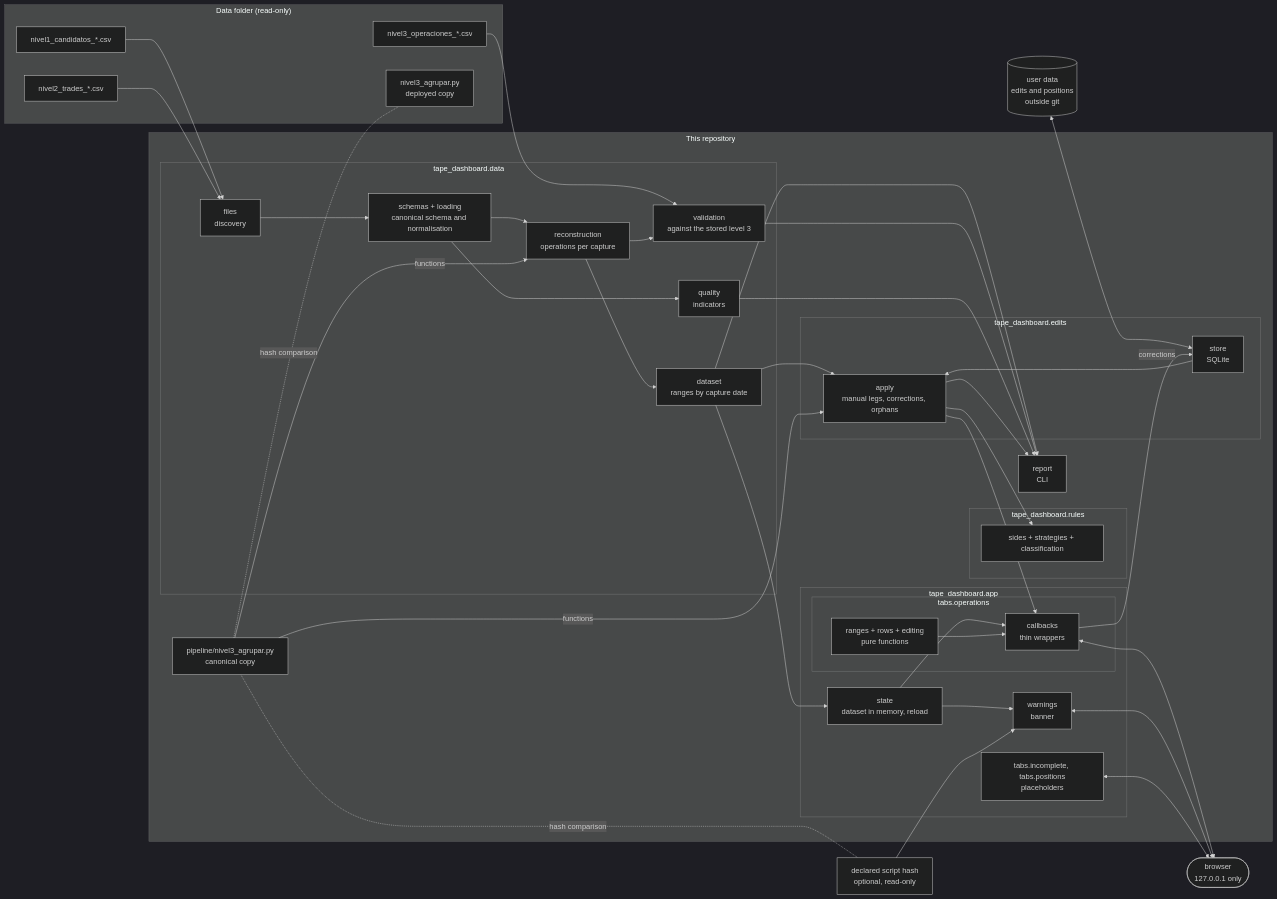
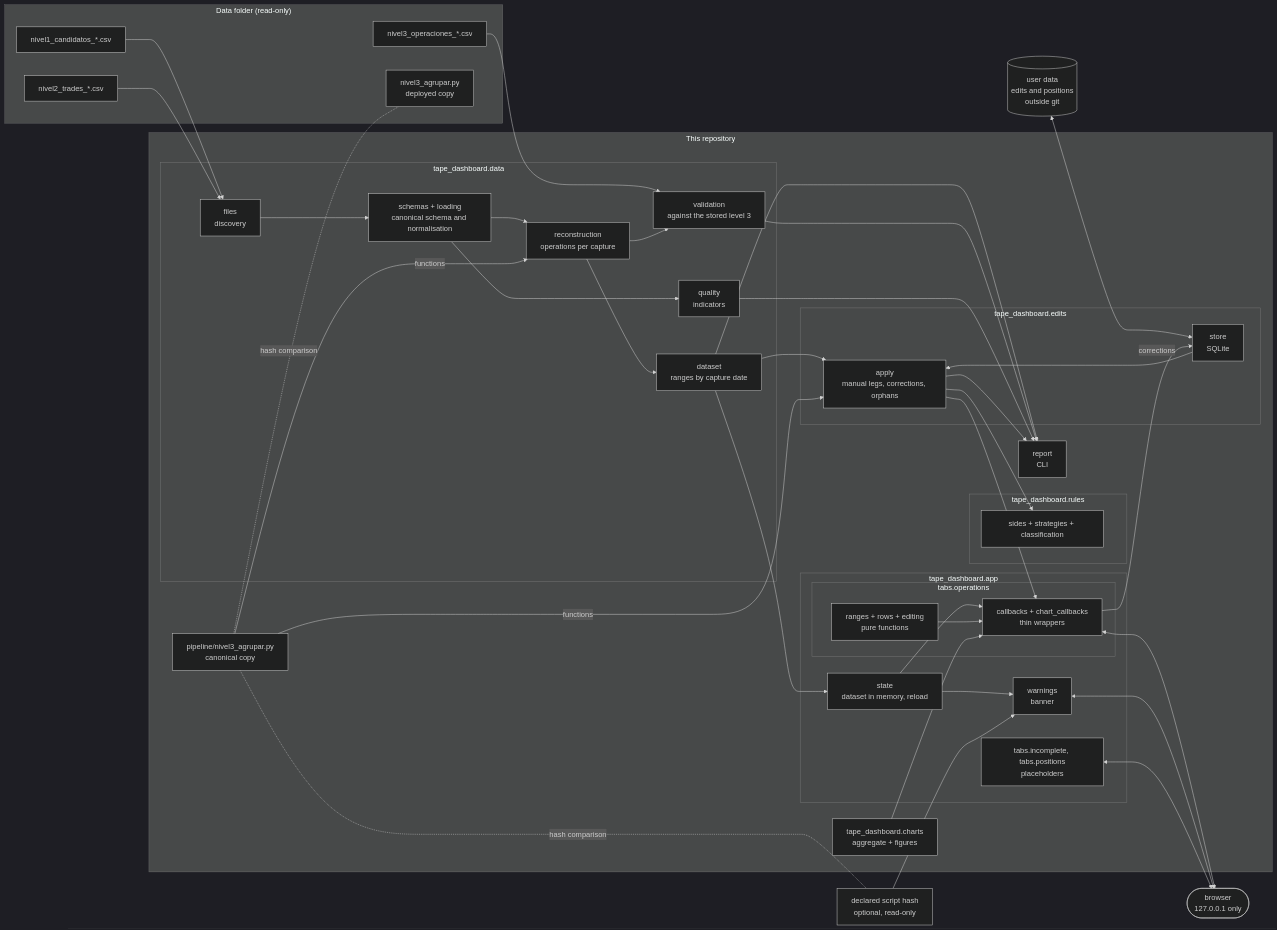
The diagram in docs/architecture.md (Promero20/options-tape-dashboard), drawn with Mermaid (dark theme) before and after one commit. The commit also changed other lines of this file and 6 other files, not shown here.

First line of the commit message:
Document the charts and mark phase 4 as done

````diff
--- a/docs/architecture.md
+++ b/docs/architecture.md
@@ -3,63 +3,65 @@
 ```mermaid
 flowchart LR
     subgraph datafolder["Data folder (read-only)"]
         N1[nivel1_candidatos_*.csv]
         N2[nivel2_trades_*.csv]
         N3[nivel3_operaciones_*.csv]
         S[nivel3_agrupar.py<br/>deployed copy]
     end
 
     H[declared script hash<br/>optional, read-only]
 
     subgraph repo["This repository"]
         P[pipeline/nivel3_agrupar.py<br/>canonical copy]
         subgraph data["tape_dashboard.data"]
             F[files<br/>discovery]
             L[schemas + loading<br/>canonical schema and normalisation]
             R[reconstruction<br/>operations per capture]
             D[dataset<br/>ranges by capture date]
             V[validation<br/>against the stored level 3]
             Q[quality<br/>indicators]
         end
         subgraph rules["tape_dashboard.rules"]
             RULES[sides + strategies + classification]
         end
         subgraph edits["tape_dashboard.edits"]
             ST[store<br/>SQLite]
             AP[apply<br/>manual legs, corrections, orphans]
         end
+        CH[tape_dashboard.charts<br/>aggregate + figures]
         subgraph app["tape_dashboard.app"]
             STATE[state<br/>dataset in memory, reload]
             W[warnings<br/>banner]
             subgraph tab1["tabs.operations"]
                 PURE[ranges + rows + editing<br/>pure functions]
-                CB[callbacks<br/>thin wrappers]
+                CB[callbacks + chart_callbacks<br/>thin wrappers]
             end
             TABS[tabs.incomplete, tabs.positions<br/>placeholders]
         end
         REP[report<br/>CLI]
     end
 
     B([browser<br/>127.0.0.1 only])
 
     U[(user data<br/>edits and positions<br/>outside git)]
 
     N1 & N2 --> F --> L --> R --> D
     N3 --> V
     P -- functions --> R
     P -. hash comparison .- S
     R --> V
     L --> Q
     D --> AP --> RULES
     U <--> ST --> AP
     P -- functions --> AP
     D --> STATE
     STATE --> W & CB
     P -. hash comparison .- H
     H --> W
     AP --> CB
     PURE --> CB
+    CH --> CB
     CB -- corrections --> ST
     CB & W & TABS <--> B
     D & V & Q & AP --> REP
 ```
````
